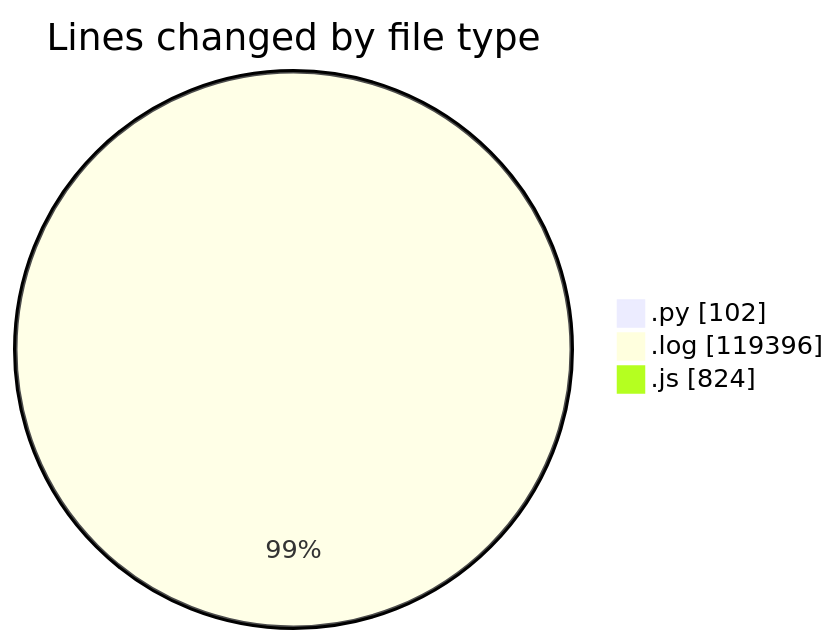
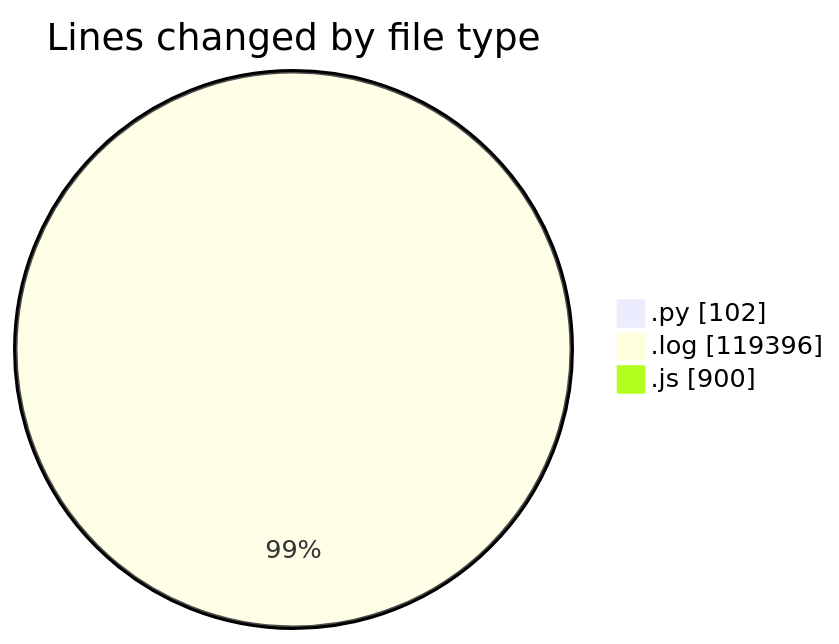
One commit to nxtqubesakshisongat/code-tracking changed the first of 2 diagrams in 2025-04-11/nxtqube_webapp/README.md. Above: the diagram before and after it, drawn with Mermaid. The commit also changed other lines of this file and 1 other file, not shown here.

````diff
--- a/2025-04-11/nxtqube_webapp/README.md
+++ b/2025-04-11/nxtqube_webapp/README.md
@@ -23,7 +24,7 @@
 ```mermaid
 pie showData
 title Lines changed by file type
 ".py" : 102
 ".log" : 119396
-".js" : 824
+".js" : 900
 ```
````
